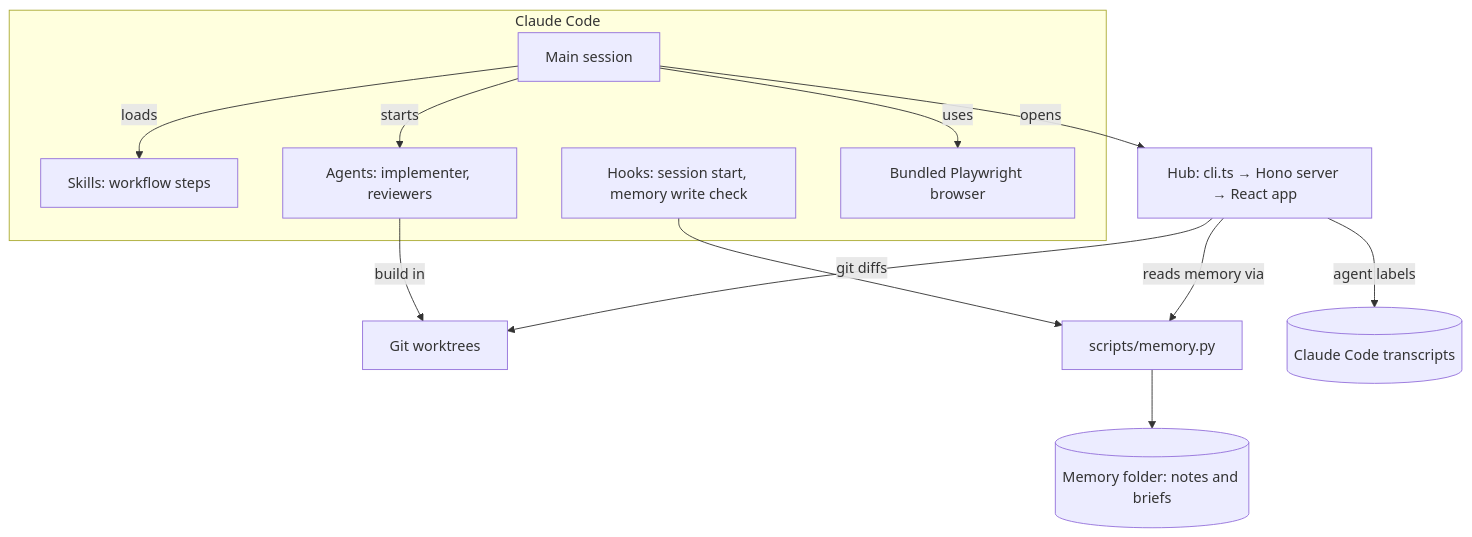
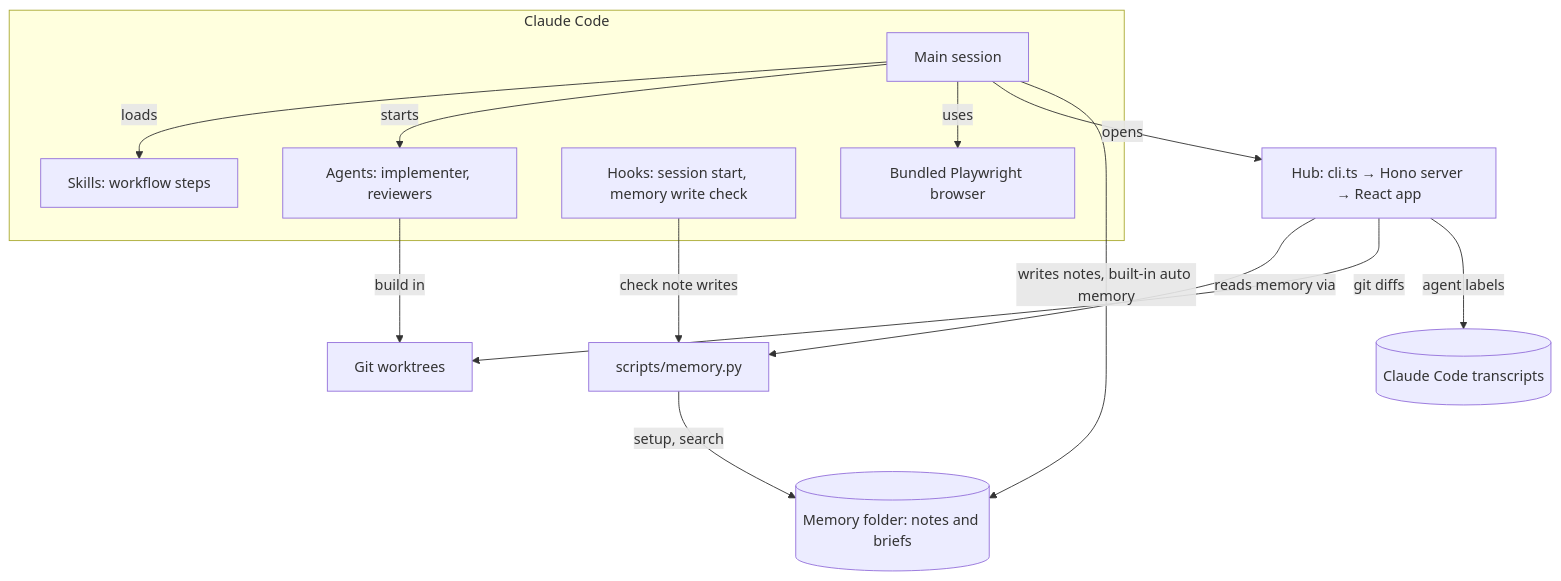
One commit to sushanpth/talk-first-workflow changed the diagram in README.md. Above: the diagram before and after it, drawn with Mermaid. The commit also changed other lines of this file and 1 other file, not shown here.

Commit message:
Add hub commands to the README and show the main session writing memory notes in the architecture diagram

````diff
--- a/README.md
+++ b/README.md
@@ -29,26 +43,27 @@
 ```mermaid
 flowchart TB
     subgraph CC[Claude Code]
         Main[Main session]
         Skills[Skills: workflow steps]
         Agents[Agents: implementer, reviewers]
         Hooks[Hooks: session start, memory write check]
         Browser[Bundled Playwright browser]
     end
     Worktrees[Git worktrees]
     MemPy[scripts/memory.py]
     Memory[(Memory folder: notes and briefs)]
     Hub["Hub: cli.ts → Hono server → React app"]
     Transcripts[(Claude Code transcripts)]
 
     Main -- loads --> Skills
     Main -- starts --> Agents
     Main -- uses --> Browser
     Main -- opens --> Hub
+    Main -- writes notes, built-in auto memory --> Memory
     Agents -- build in --> Worktrees
-    Hooks --> MemPy
-    MemPy --> Memory
+    Hooks -- check note writes --> MemPy
+    MemPy -- setup, search --> Memory
     Hub -- reads memory via --> MemPy
     Hub -- git diffs --> Worktrees
     Hub -- agent labels --> Transcripts
 ```
````
